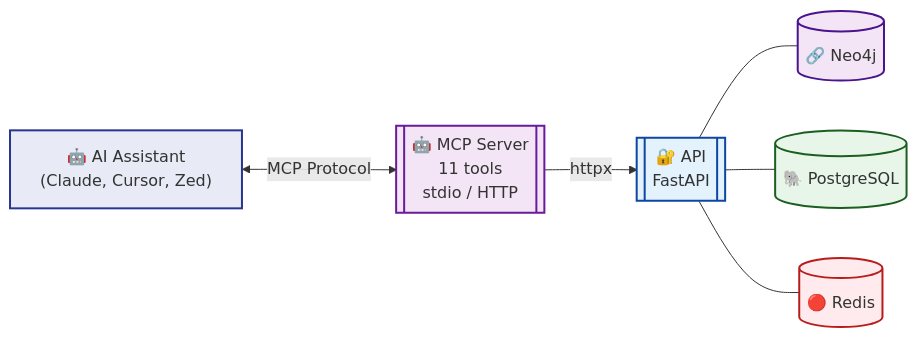
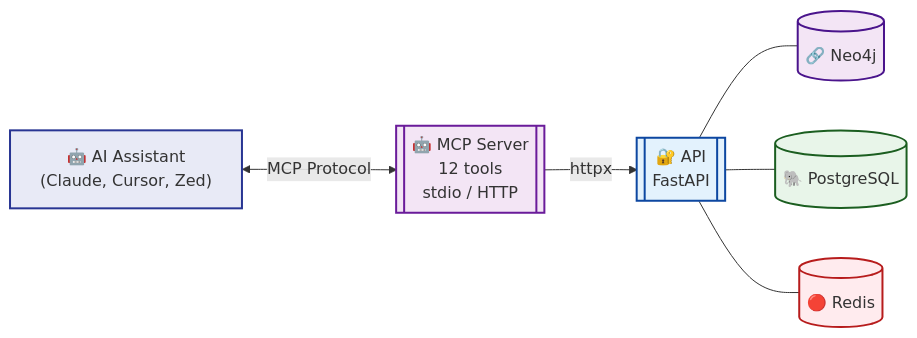
One commit to groovemap-music/deployment changed the fourth of 6 diagrams in docs/architecture.md. Above: the diagram before and after it, drawn with Mermaid. The commit also changed other lines of this file and 8 other files, not shown here.

First line of the commit message:
docs: doc review & cleanup epic — accuracy pass, retire graphify, AGF workflow (#414)

````diff
--- a/docs/architecture.md
+++ b/docs/architecture.md
@@ -189,21 +189,21 @@
 ```mermaid
 graph LR
     AI["🤖 AI Assistant<br/>(Claude, Cursor, Zed)"]
-    MCP[["🤖 MCP Server<br/>11 tools<br/>stdio / HTTP"]]
+    MCP[["🤖 MCP Server<br/>12 tools<br/>stdio / HTTP"]]
     API[["🔐 API<br/>FastAPI"]]
 
     NEO4J[("🔗 Neo4j")]
     PG[("🐘 PostgreSQL")]
     REDIS[("🔴 Redis")]
 
     AI <-->|MCP Protocol| MCP
     MCP -->|httpx| API
     API --- NEO4J & PG & REDIS
 
     style AI fill:#e8eaf6,stroke:#283593,stroke-width:2px
     style MCP fill:#f3e5f5,stroke:#6a1b9a,stroke-width:2px
     style API fill:#e3f2fd,stroke:#0d47a1,stroke-width:2px
     style NEO4J fill:#f3e5f5,stroke:#4a148c,stroke-width:2px
     style PG fill:#e8f5e9,stroke:#1b5e20,stroke-width:2px
     style REDIS fill:#ffebee,stroke:#b71c1c,stroke-width:2px
 ```
````
